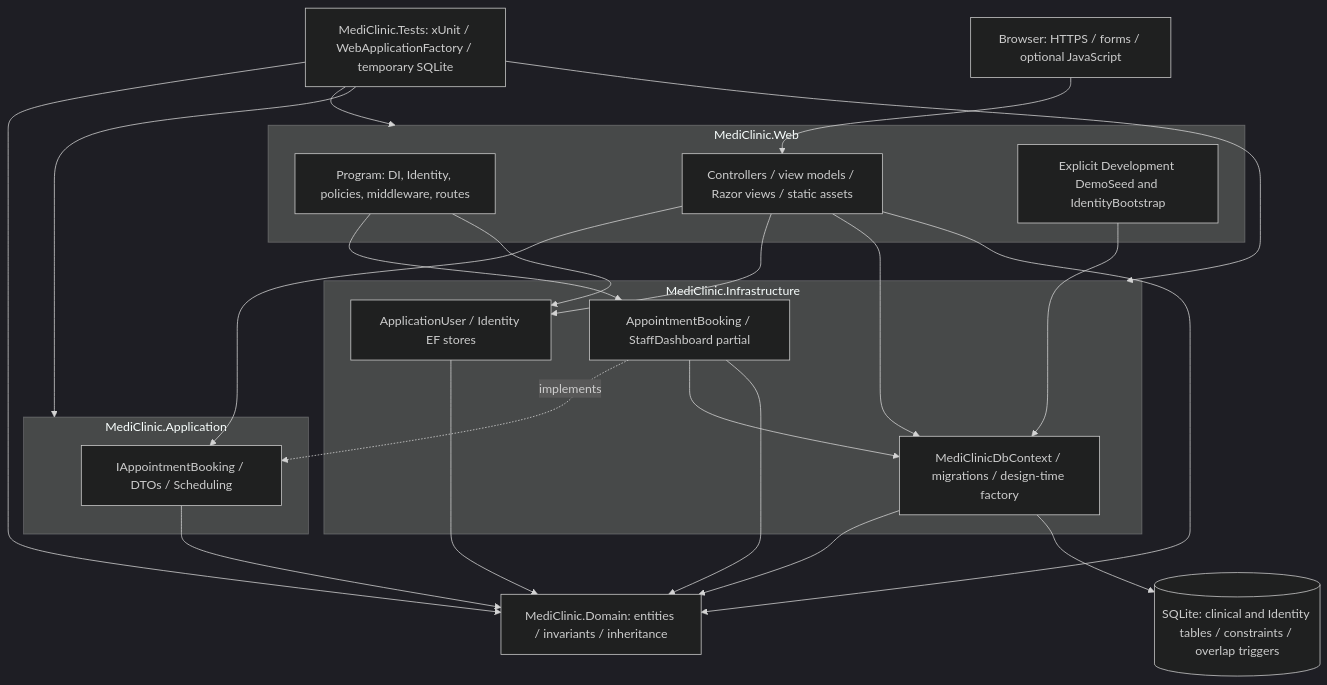
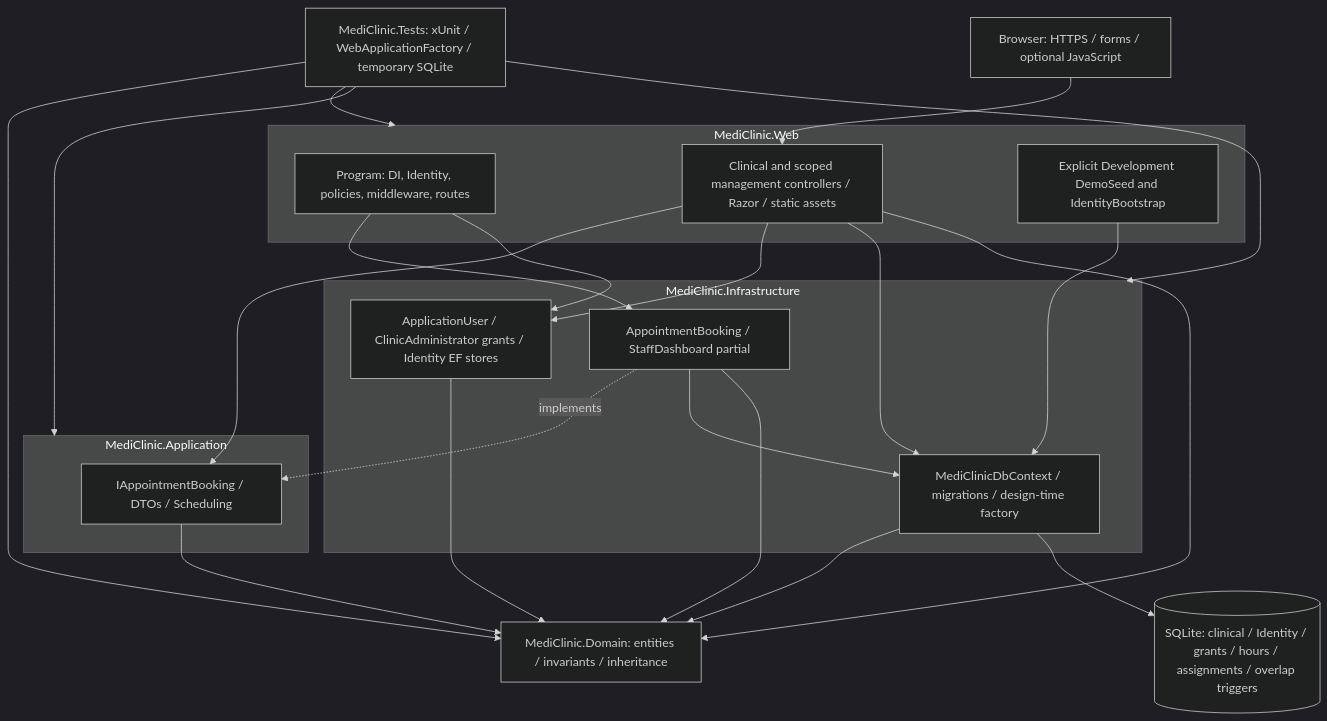
One commit to merveustunel/mediclinic changed the diagram in docs/uml/layered-architecture.md. Above: the diagram before and after it, drawn with Mermaid (dark theme). The commit also changed other lines of this file and 15 other files, not shown here.

````diff
--- a/docs/uml/layered-architecture.md
+++ b/docs/uml/layered-architecture.md
@@ -5,39 +5,39 @@
 ```mermaid
 flowchart TB
     Browser[Browser: HTTPS / forms / optional JavaScript]
     subgraph Web[MediClinic.Web]
         Host[Program: DI, Identity, policies, middleware, routes]
-        MVC[Controllers / view models / Razor views / static assets]
+        MVC[Clinical and scoped management controllers / Razor / static assets]
         Tooling[Explicit Development DemoSeed and IdentityBootstrap]
     end
     subgraph App[MediClinic.Application]
         Contract[IAppointmentBooking / DTOs / Scheduling]
     end
     subgraph Infra[MediClinic.Infrastructure]
         Service[AppointmentBooking / StaffDashboard partial]
-        Identity[ApplicationUser / Identity EF stores]
+        Identity[ApplicationUser / ClinicAdministrator grants / Identity EF stores]
         Persistence[MediClinicDbContext / migrations / design-time factory]
     end
     Domain[MediClinic.Domain: entities / invariants / inheritance]
-    SQLite[(SQLite: clinical and Identity tables / constraints / overlap triggers)]
+    SQLite[(SQLite: clinical / Identity / grants / hours / assignments / overlap triggers)]
     Tests[MediClinic.Tests: xUnit / WebApplicationFactory / temporary SQLite]
     Browser --> MVC
     Host --> Service
     Host --> Identity
     Tooling --> Persistence
     MVC --> Contract
     MVC --> Identity
     MVC --> Persistence
     MVC --> Domain
     Contract --> Domain
     Service -. implements .-> Contract
     Service --> Persistence
     Service --> Domain
     Identity --> Domain
     Persistence --> Domain
     Persistence --> SQLite
     Tests --> Web
     Tests --> App
     Tests --> Infra
     Tests --> Domain
 ```
````
